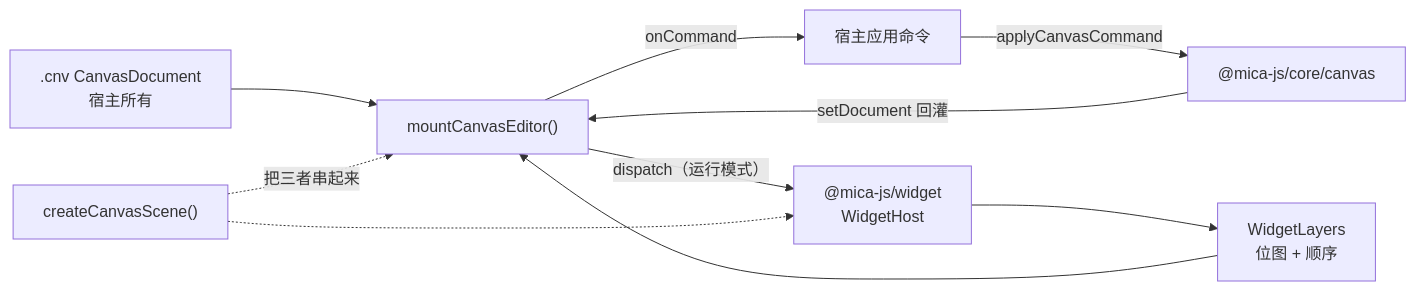
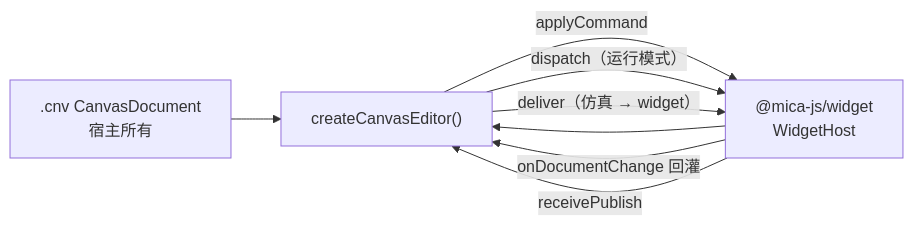
Before and after one commit to x-botlab/mica-js: the first of 2 diagrams in packages/canvas-editor/README.md, drawn with Mermaid. The commit also changed other lines of this file and 11 other files, not shown here.

First line of the commit message:
refactor(canvas-editor): merge scene into editor

````diff
--- a/packages/canvas-editor/README.md
+++ b/packages/canvas-editor/README.md
@@ -9,12 +9,10 @@
 ```mermaid
 flowchart LR
-  doc[".cnv CanvasDocument<br/>宿主所有"] --> editor["mountCanvasEditor()"]
-  host["@mica-js/widget<br/>WidgetHost"] --> layers["WidgetLayers<br/>位图 + 顺序"]
-  layers --> editor
-  editor -->|"onCommand"| app["宿主应用命令"]
-  app -->|"applyCanvasCommand"| cmd["@mica-js/core/canvas"]
-  cmd -->|"setDocument 回灌"| editor
+  doc[".cnv CanvasDocument<br/>宿主所有"] --> editor["createCanvasEditor()"]
+  host["@mica-js/widget<br/>WidgetHost"] --> editor
+  editor -->|"applyCommand"| host
+  host -->|"onDocumentChange 回灌"| editor
   editor -->|"dispatch（运行模式）"| host
-  scene["createCanvasScene()"] -.->|"把三者串起来"| editor
-  scene -.-> host
+  editor -->|"deliver（仿真 → widget）"| host
+  host -->|"receivePublish"| editor
 ```
````
